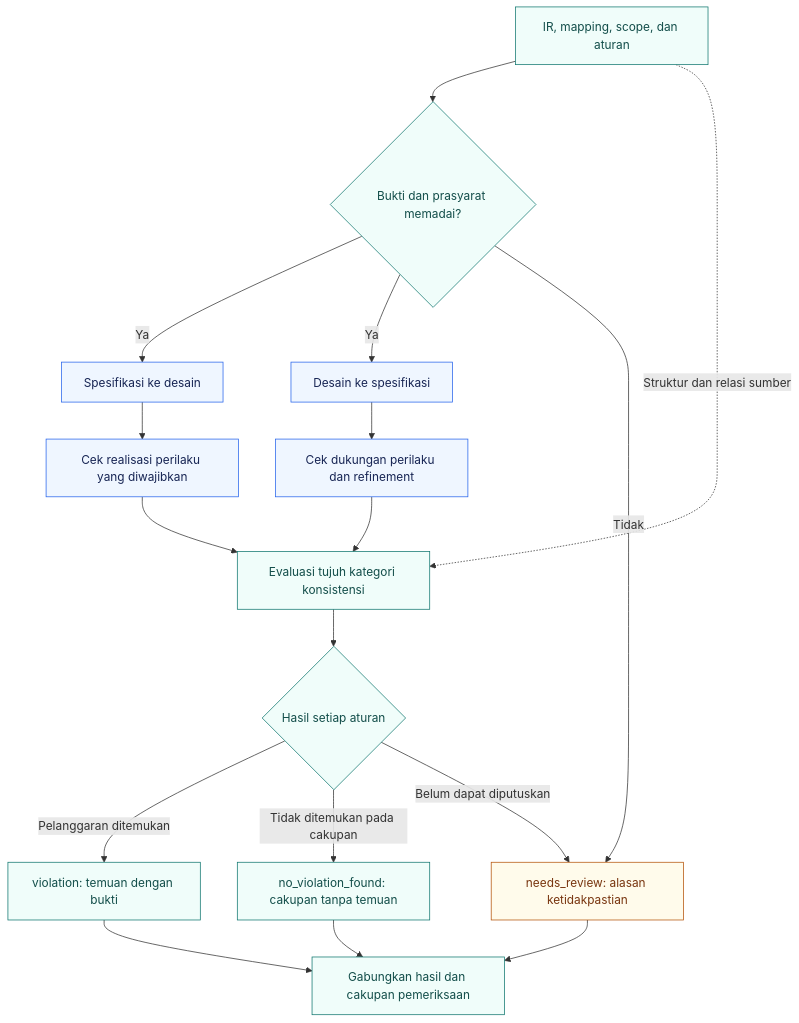
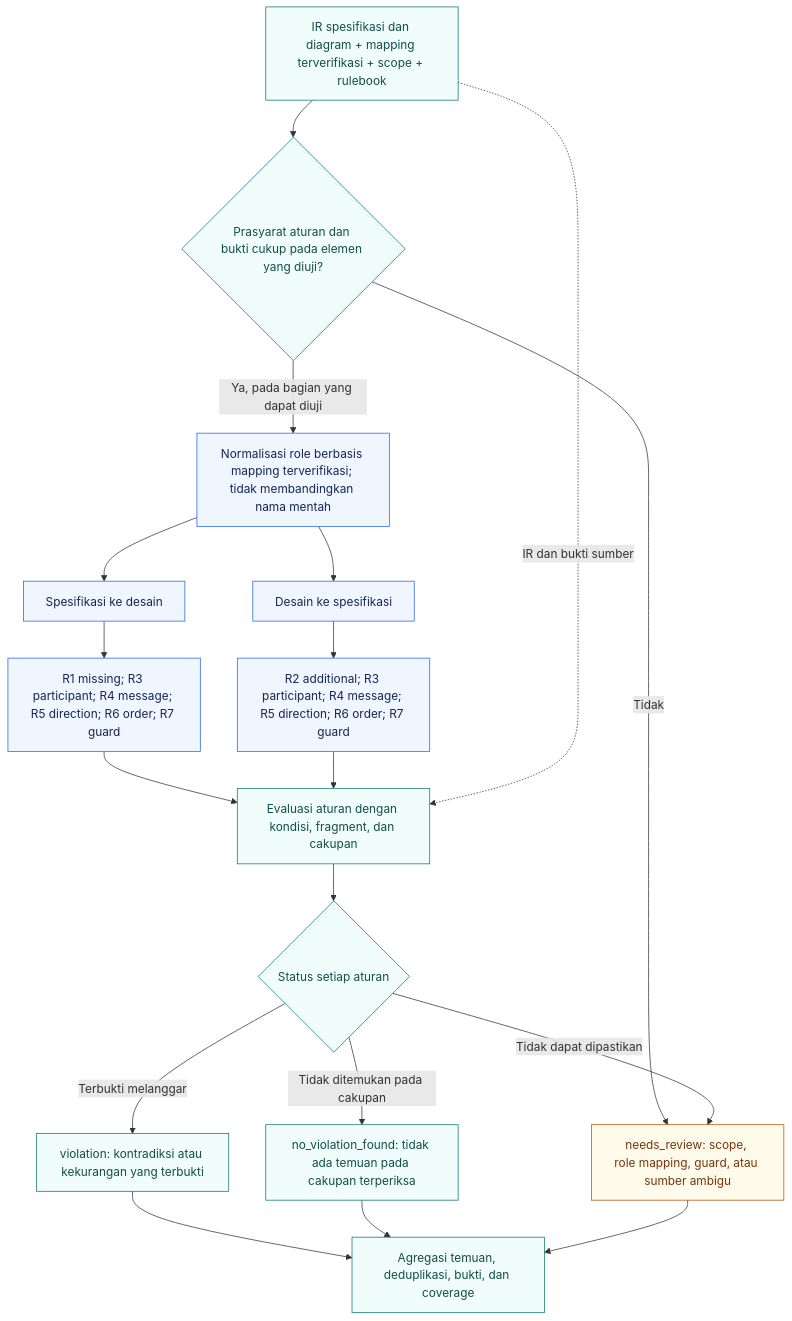
The third of 4 diagrams in data/architecture/README.md (RizdkyOktaviari/final-project-thesis), drawn with Mermaid before and after one commit. The commit also changed other lines of this file and 3 other files, not shown here.

First line of the commit message:
docs(thesis): add multi-agent alignment architecture and swimlane

````diff
--- a/data/architecture/README.md
+++ b/data/architecture/README.md
@@ -122,39 +230,39 @@
 ```mermaid
 flowchart TB
-    I["IR, mapping, scope, dan aturan"]
-    G{"Bukti dan prasyarat memadai?"}
+    I["IR spesifikasi dan diagram + mapping terverifikasi + scope + rulebook"]
+    G{"Prasyarat aturan dan bukti cukup pada elemen yang diuji?"}
+    ROLE["Normalisasi role berbasis mapping terverifikasi; tidak membandingkan nama mentah"]
     S["Spesifikasi ke desain"]
     D["Desain ke spesifikasi"]
-    SC["Cek realisasi perilaku yang diwajibkan"]
-    DC["Cek dukungan perilaku dan refinement"]
-    E["Evaluasi tujuh kategori konsistensi"]
-    J{"Hasil setiap aturan"}
-    F["violation: temuan dengan bukti"]
-    N["no_violation_found: cakupan tanpa temuan"]
-    U["needs_review: alasan ketidakpastian"]
-    O["Gabungkan hasil dan cakupan pemeriksaan"]
+    SC["R1 missing; R3 participant; R4 message; R5 direction; R6 order; R7 guard"]
+    DC["R2 additional; R3 participant; R4 message; R5 direction; R6 order; R7 guard"]
+    E["Evaluasi aturan dengan kondisi, fragment, dan cakupan"]
+    J{"Status setiap aturan"}
+    F["violation: kontradiksi atau kekurangan yang terbukti"]
+    N["no_violation_found: tidak ada temuan pada cakupan terperiksa"]
+    U["needs_review: scope, role mapping, guard, atau sumber ambigu"]
+    O["Agregasi temuan, deduplikasi, bukti, dan coverage"]
 
     I --> G
-    G -->|Ya| S
-    G -->|Ya| D
     G -->|Tidak| U
-    S --> SC
-    D --> DC
-    SC --> E
-    DC --> E
-    I -.->|Struktur dan relasi sumber| E
+    G -->|Ya, pada bagian yang dapat diuji| ROLE
+    ROLE --> S
+    ROLE --> D
+    S --> SC --> E
+    D --> DC --> E
+    I -.->|IR dan bukti sumber| E
     E --> J
-    J -->|Pelanggaran ditemukan| F
+    J -->|Terbukti melanggar| F
     J -->|Tidak ditemukan pada cakupan| N
-    J -->|Belum dapat diputuskan| U
+    J -->|Tidak dapat dipastikan| U
     F --> O
     N --> O
     U --> O
 
     classDef process fill:#eff6ff,stroke:#2563eb,color:#172554
     classDef validation fill:#f0fdfa,stroke:#0f766e,color:#134e4a
     classDef review fill:#fffbeb,stroke:#b45309,color:#78350f
-    class S,D,SC,DC process
+    class ROLE,S,D,SC,DC process
     class I,G,E,J,F,N,O validation
     class U review
 ```
````
